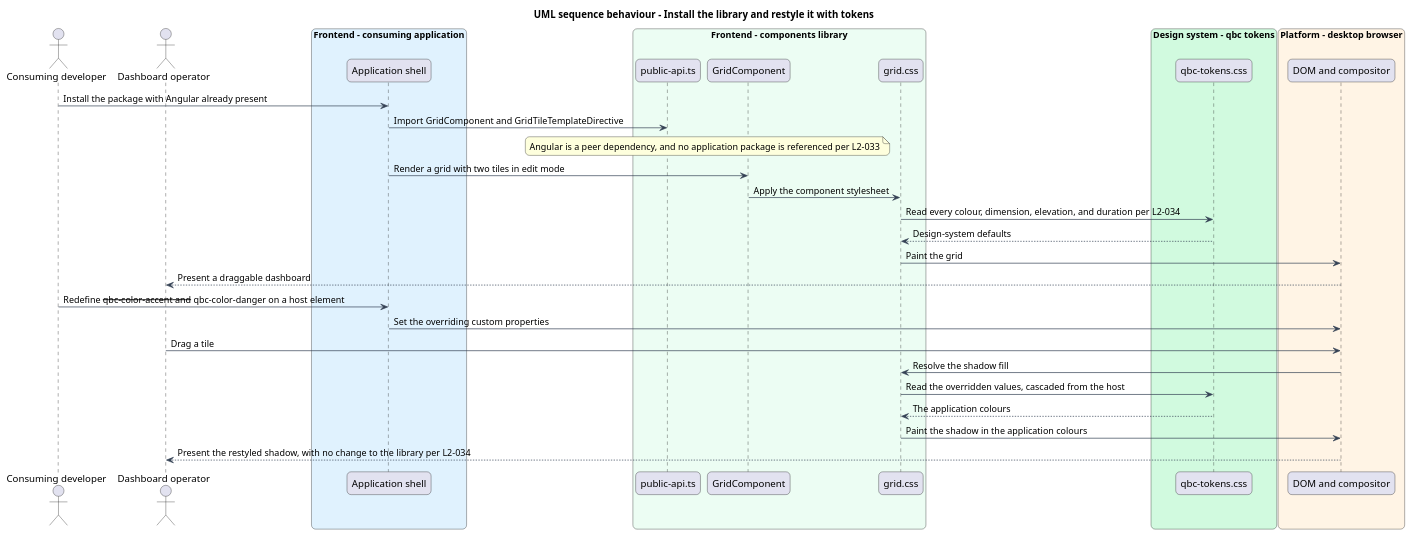
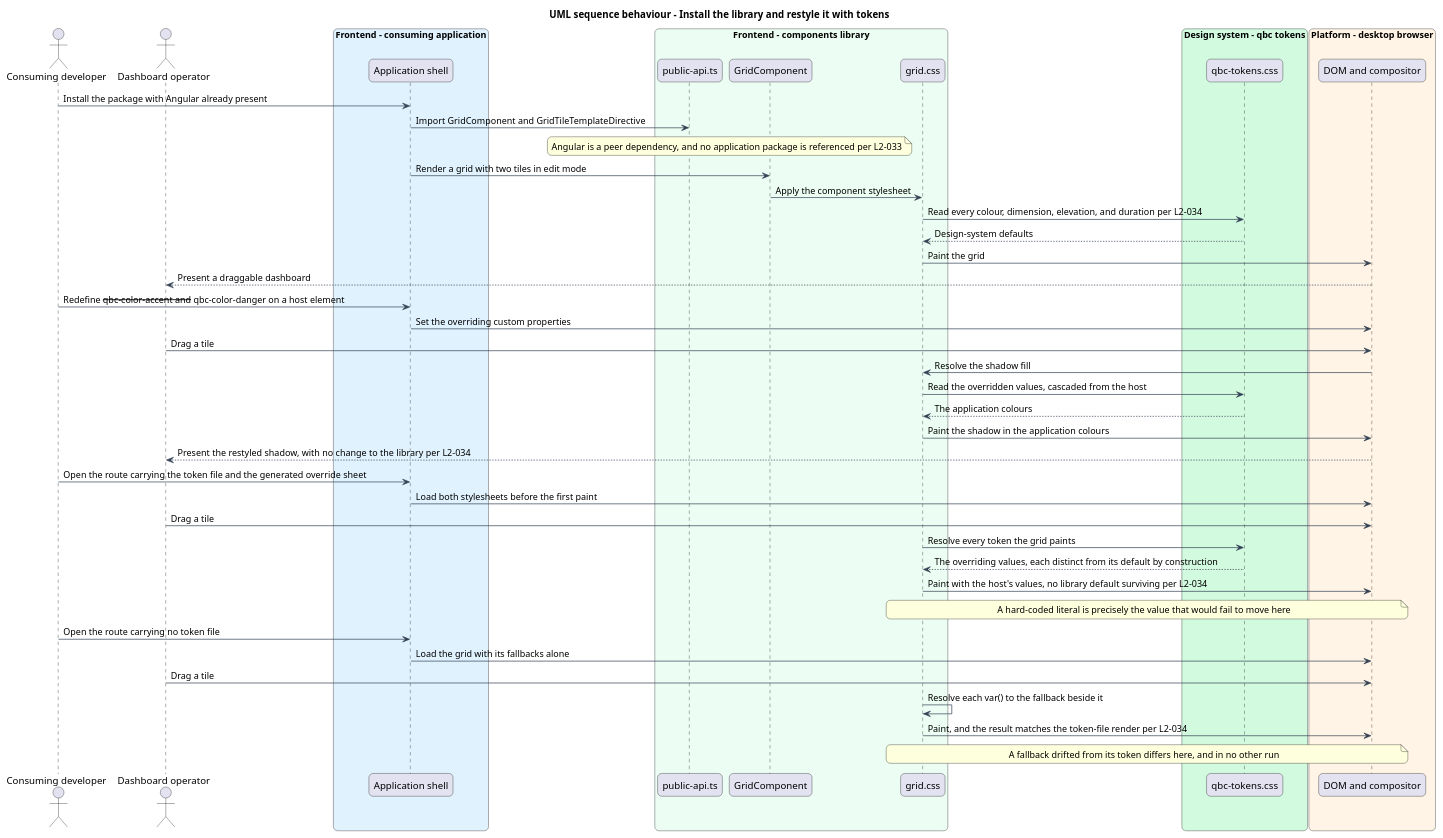
Before and after one commit to QuinntyneBrown/qbc-grid: the diagram in docs/detailed-designs/library-delivery/theme-the-grid/diagrams/sequence-consume-and-restyle.puml, drawn with PlantUML. The commit also changed 4 other files, not shown here.

```diff
--- a/docs/detailed-designs/library-delivery/theme-the-grid/diagrams/sequence-consume-and-restyle.puml
+++ b/docs/detailed-designs/library-delivery/theme-the-grid/diagrams/sequence-consume-and-restyle.puml
@@ -1,52 +1,67 @@
 @startuml
 title UML sequence behaviour - Install the library and restyle it with tokens
 skinparam backgroundColor #FFFFFF
 skinparam shadowing false
 skinparam roundcorner 12
 skinparam defaultFontName Arial
 skinparam ArrowColor #344054
 skinparam rectangle {
   BorderColor #344054
   FontColor #101828
 }
 skinparam package {
   BorderColor #667085
   FontColor #101828
   BackgroundColor #F9FAFB
 }
 actor "Consuming developer" as dev
 actor "Dashboard operator" as operator
 box "Frontend - consuming application" #E0F2FE
   participant "Application shell" as app
 end box
 box "Frontend - components library" #ECFDF3
   participant "public-api.ts" as entry
   participant "GridComponent" as grid
   participant "grid.css" as styles
 end box
 box "Design system - qbc tokens" #D1FADF
   participant "qbc-tokens.css" as tokens
 end box
 box "Platform - desktop browser" #FFF4E5
   participant "DOM and compositor" as dom
 end box
 
 dev -> app : Install the package with Angular already present
 app -> entry : Import GridComponent and GridTileTemplateDirective
 note over entry, grid : Angular is a peer dependency, and no application package is referenced per L2-033
 app -> grid : Render a grid with two tiles in edit mode
 grid -> styles : Apply the component stylesheet
 styles -> tokens : Read every colour, dimension, elevation, and duration per L2-034
 tokens --> styles : Design-system defaults
 styles -> dom : Paint the grid
 dom --> operator : Present a draggable dashboard
 
 dev -> app : Redefine --qbc-color-accent and --qbc-color-danger on a host element
 app -> dom : Set the overriding custom properties
 operator -> dom : Drag a tile
 dom -> styles : Resolve the shadow fill
 styles -> tokens : Read the overridden values, cascaded from the host
 tokens --> styles : The application colours
 styles -> dom : Paint the shadow in the application colours
 dom --> operator : Present the restyled shadow, with no change to the library per L2-034
+
+dev -> app : Open the route carrying the token file and the generated override sheet
+app -> dom : Load both stylesheets before the first paint
+operator -> dom : Drag a tile
+styles -> tokens : Resolve every token the grid paints
+tokens --> styles : The overriding values, each distinct from its default by construction
+styles -> dom : Paint with the host's values, no library default surviving per L2-034
+note over styles, dom : A hard-coded literal is precisely the value that would fail to move here
+
+dev -> app : Open the route carrying no token file
+app -> dom : Load the grid with its fallbacks alone
+operator -> dom : Drag a tile
+styles -> styles : Resolve each var() to the fallback beside it
+styles -> dom : Paint, and the result matches the token-file render per L2-034
+note over styles, dom : A fallback drifted from its token differs here, and in no other run
 @enduml
```
